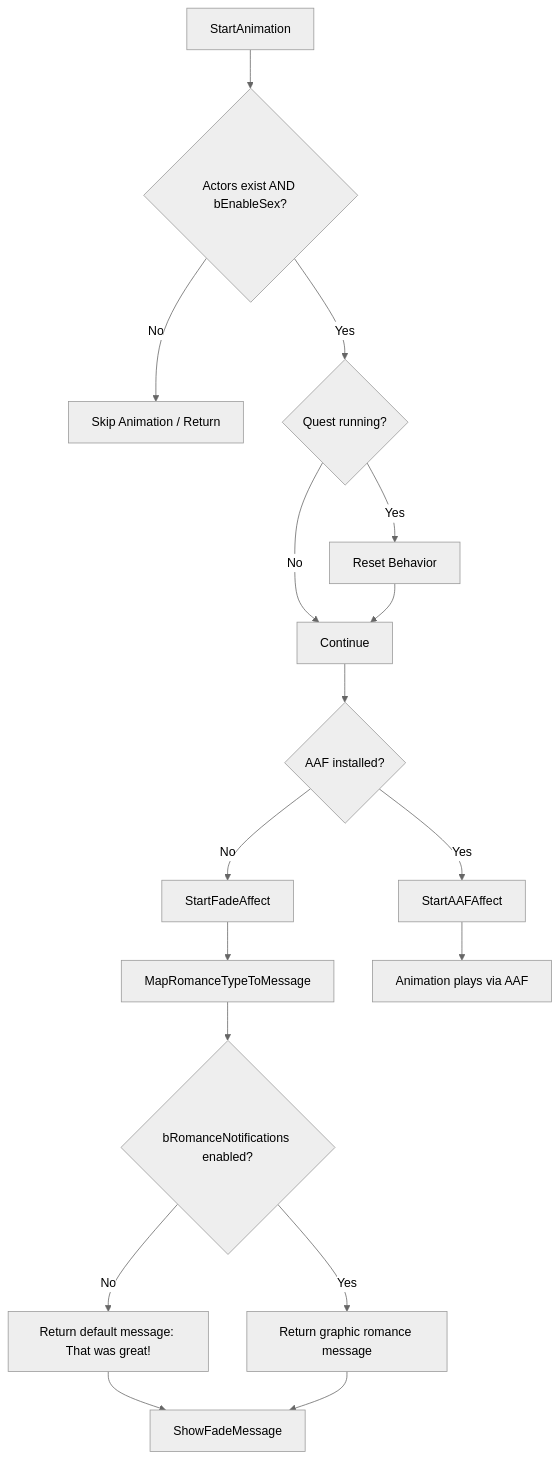
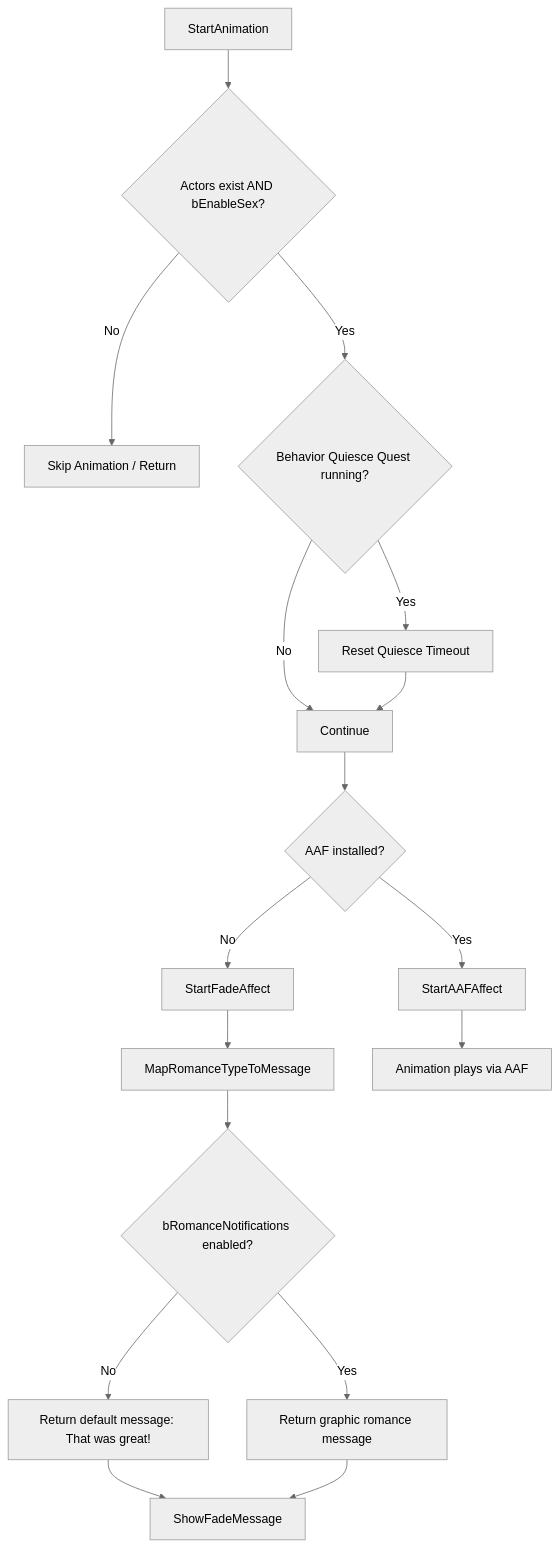
One commit to louisthird-git/Assimilation-Docs changed the diagram in compliance.md. Above: the diagram before and after it, drawn with Mermaid (neutral theme).

Commit message:
fixed mermaid flowchart

````diff
--- a/compliance.md
+++ b/compliance.md
@@ -19,19 +19,19 @@
 ```mermaid
 flowchart TD
     A[StartAnimation] --> B{Actors exist AND bEnableSex?}
     B -- No --> Z[Skip Animation / Return]
-    B -- Yes --> C{Quest running?}
-    C -- Yes --> D[Reset Behavior]
+    B -- Yes --> C{Behavior Quiesce Quest running?}
+    C -- Yes --> D[Reset Quiesce Timeout]
     C -- No --> E[Continue]
     D --> E
     E --> F{AAF installed?}
     F -- Yes --> G[StartAAFAffect]
     F -- No --> H[StartFadeAffect]
     H --> I[MapRomanceTypeToMessage]
     I --> J{bRomanceNotifications enabled?}
     J -- No --> K[Return default message: That was great!]
     J -- Yes --> L[Return graphic romance message]
     K --> M[ShowFadeMessage]
     L --> M
     G --> N[Animation plays via AAF]
 ```
````
